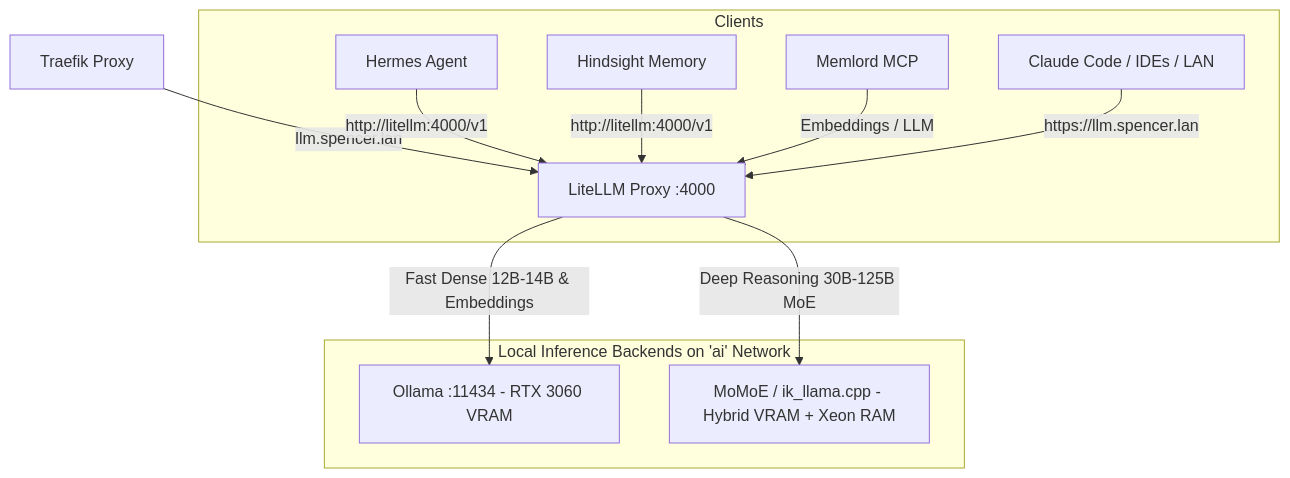
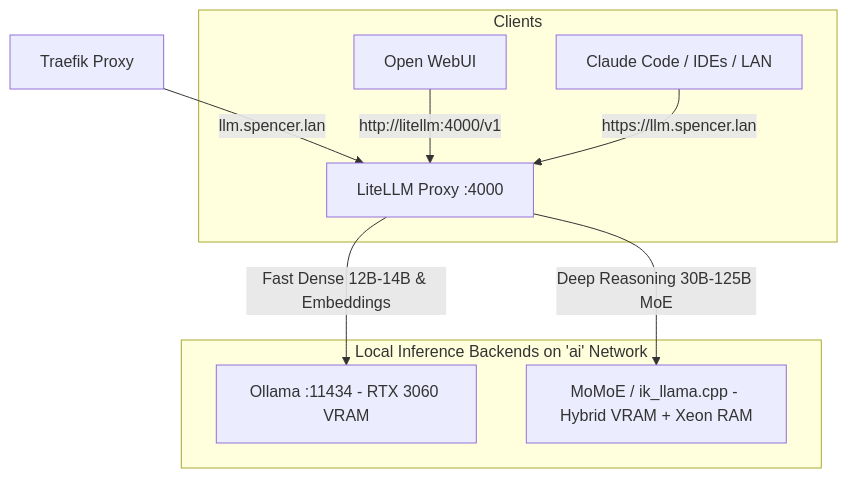
One commit to jamesbspencer/homelab changed the diagram in 0-projects/Mixture-of-Experts/README.md. Above: the diagram before and after it, drawn with Mermaid. The commit also changed other lines of this file and 33 other files, not shown here.

````diff
--- a/0-projects/Mixture-of-Experts/README.md
+++ b/0-projects/Mixture-of-Experts/README.md
@@ -43,16 +43,14 @@
 ```mermaid
 graph TD
     Traefik[Traefik Proxy] -->|llm.spencer.lan| LiteLLM[LiteLLM Proxy :4000]
 
     subgraph Clients
-        Hermes[Hermes Agent] -->|http://litellm:4000/v1| LiteLLM
-        Hindsight[Hindsight Memory] -->|http://litellm:4000/v1| LiteLLM
-        Memlord[Memlord MCP] -->|Embeddings / LLM| LiteLLM
+        OpenWebUI[Open WebUI] -->|http://litellm:4000/v1| LiteLLM
         IDEs[Claude Code / IDEs / LAN] -->|https://llm.spencer.lan| LiteLLM
     end
 
     subgraph Local Inference Backends on 'ai' Network
         LiteLLM -->|Fast Dense 12B-14B & Embeddings| Ollama[Ollama :11434 - RTX 3060 VRAM]
         LiteLLM -->|Deep Reasoning 30B-125B MoE| MoE[MoMoE / ik_llama.cpp - Hybrid VRAM + Xeon RAM]
     end
 ```
````
